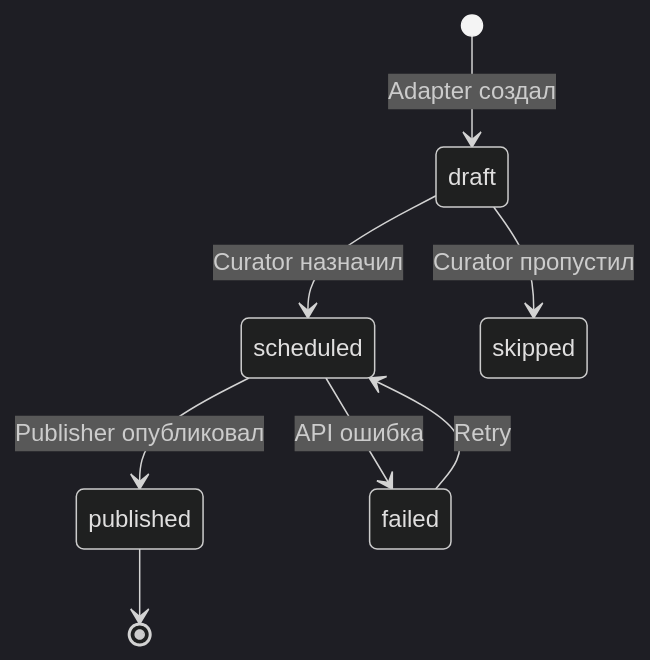
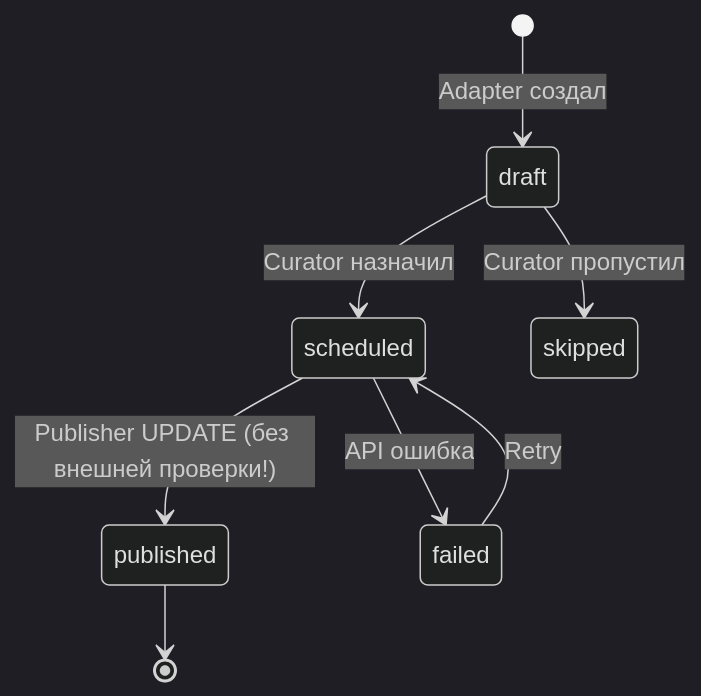
One commit to TimmyZinin/content-pipeline changed the second of 3 diagrams in docs/Database.md. Above: the diagram before and after it, drawn with Mermaid (dark theme). The commit also changed other lines of this file and 5 other files, not shown here.

````diff
--- a/docs/Database.md
+++ b/docs/Database.md
@@ -88,10 +91,10 @@
 ```mermaid
 stateDiagram-v2
     [*] --> draft: Adapter создал
     draft --> scheduled: Curator назначил
     draft --> skipped: Curator пропустил
-    scheduled --> published: Publisher опубликовал
+    scheduled --> published: Publisher UPDATE (без внешней проверки!)
     scheduled --> failed: API ошибка
     failed --> scheduled: Retry
     published --> [*]
 ```
````
